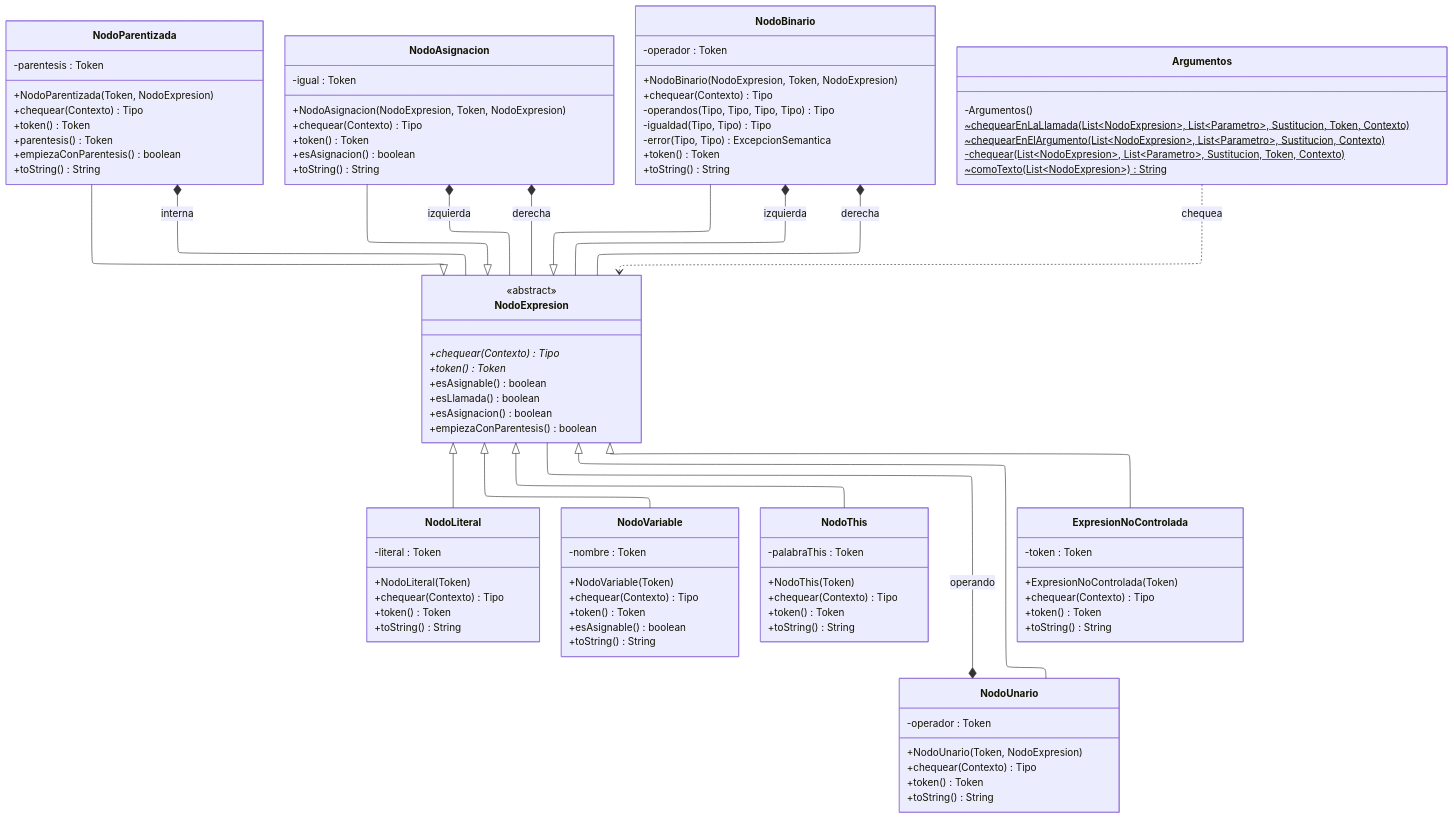
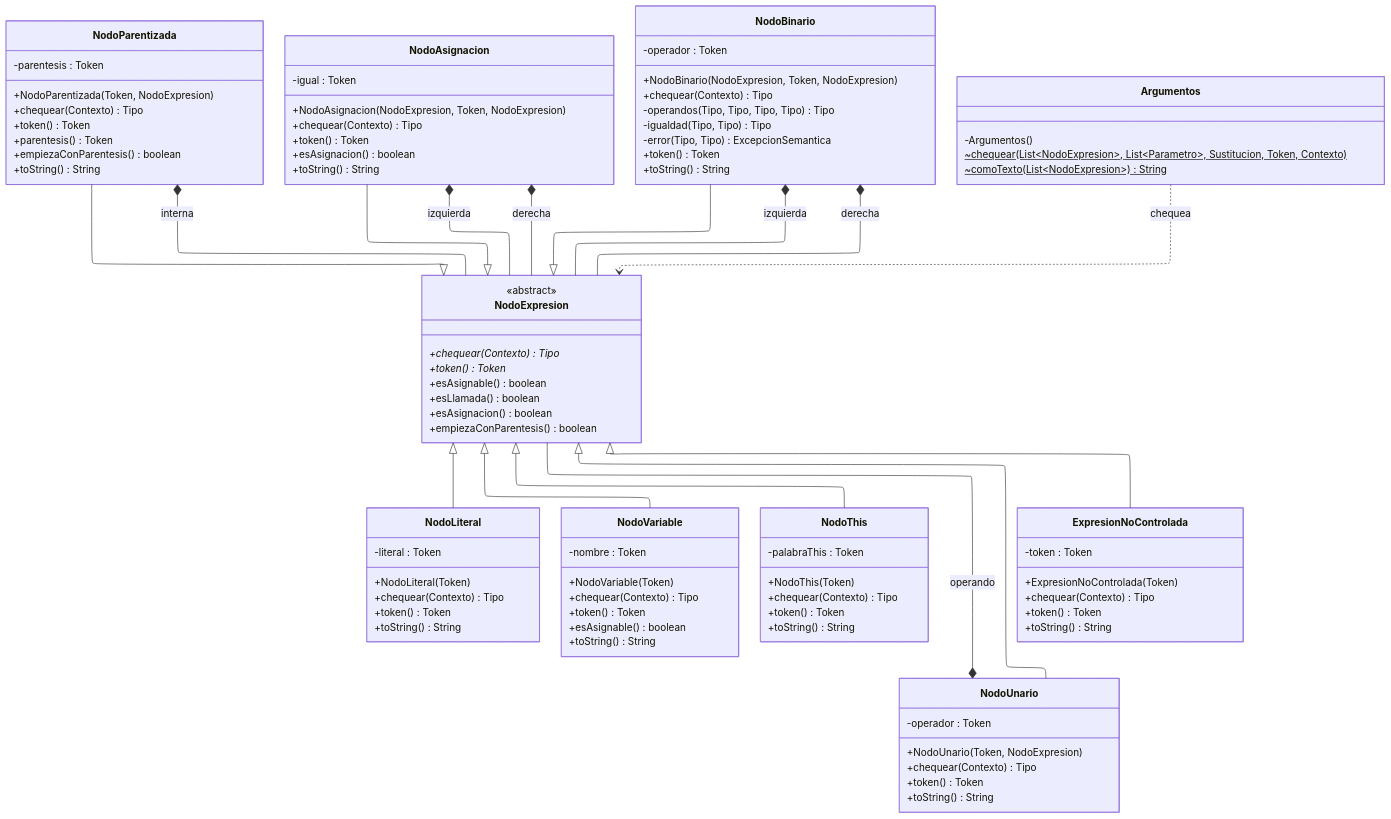
One commit to agustinpaul0/Proyecto-CEI changed the third of 5 diagrams in documentacion/sentencias/arquitectura-del-chequeo-de-sentencias.md. Above: the diagram before and after it, drawn with Mermaid. The commit also changed 32 other files, not shown here.

```diff
--- a/documentacion/sentencias/arquitectura-del-chequeo-de-sentencias.md
+++ b/documentacion/sentencias/arquitectura-del-chequeo-de-sentencias.md
@@ -251,9 +251,7 @@
     }
     class Argumentos {
         -Argumentos()
-        ~chequearEnLaLlamada(List~NodoExpresion~, List~Parametro~, Sustitucion, Token, Contexto)$
-        ~chequearEnElArgumento(List~NodoExpresion~, List~Parametro~, Sustitucion, Contexto)$
-        -chequear(List~NodoExpresion~, List~Parametro~, Sustitucion, Token, Contexto)$
+        ~chequear(List~NodoExpresion~, List~Parametro~, Sustitucion, Token, Contexto)$
         ~comoTexto(List~NodoExpresion~)$ String
     }
     NodoExpresion <|-- NodoLiteral
```
